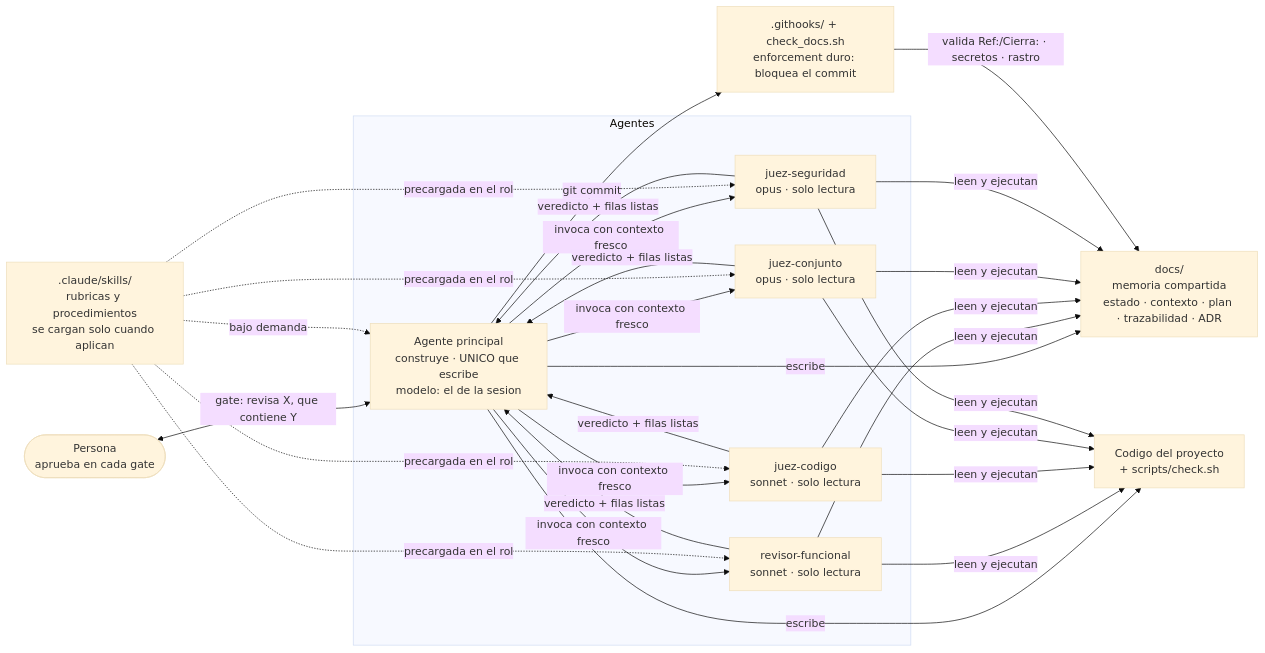
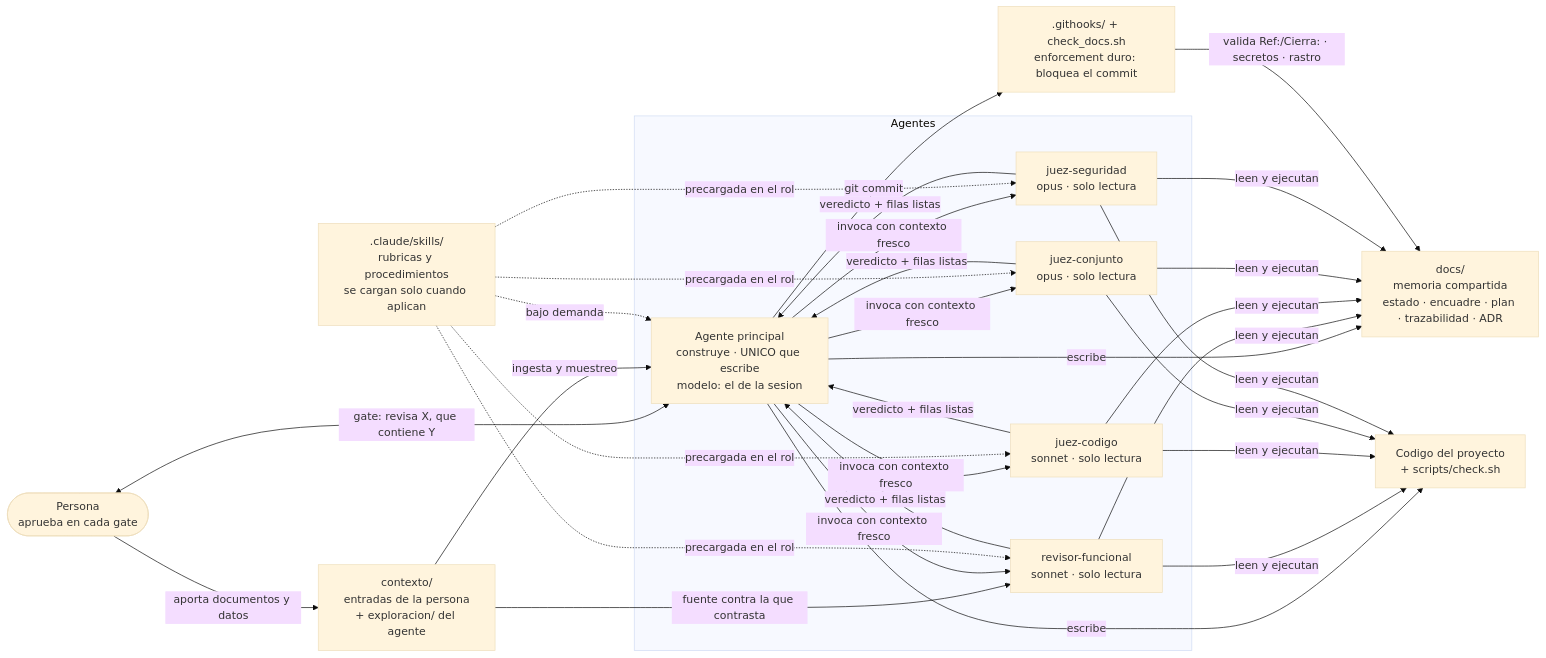
The first of 3 diagrams in README.md (jdavidortega/agentes-software), drawn with Mermaid (base theme) before and after one commit. The commit also changed other lines of this file and 18 other files, not shown here.

````diff
--- a/README.md
+++ b/README.md
@@ -74,27 +75,31 @@
 ```mermaid
 flowchart LR
     Persona(["Persona<br/>aprueba en cada gate"])
 
     subgraph Agentes
       Principal["Agente principal<br/>construye · UNICO que escribe<br/>modelo: el de la sesion"]
       RF["revisor-funcional<br/>sonnet · solo lectura"]
       JC["juez-codigo<br/>sonnet · solo lectura"]
       JJ["juez-conjunto<br/>opus · solo lectura"]
       JS["juez-seguridad<br/>opus · solo lectura"]
     end
 
     Skills[".claude/skills/<br/>rubricas y procedimientos<br/>se cargan solo cuando aplican"]
-    Docs["docs/<br/>memoria compartida<br/>estado · contexto · plan · trazabilidad · ADR"]
+    Ctx["contexto/<br/>entradas de la persona<br/>+ exploracion/ del agente"]
+    Docs["docs/<br/>memoria compartida<br/>estado · encuadre · plan · trazabilidad · ADR"]
     Codigo["Codigo del proyecto<br/>+ scripts/check.sh"]
     Hooks[".githooks/ + check_docs.sh<br/>enforcement duro: bloquea el commit"]
 
+    Persona -->|"aporta documentos y datos"| Ctx
     Persona <-->|"gate: revisa X, que contiene Y"| Principal
+    Ctx -->|"ingesta y muestreo"| Principal
+    Ctx -->|"fuente contra la que contrasta"| RF
     Principal -->|"invoca con contexto fresco"| RF & JC & JJ & JS
     RF & JC & JJ & JS -->|"veredicto + filas listas"| Principal
     Skills -.->|"precargada en el rol"| RF & JC & JJ & JS
     Skills -.->|"bajo demanda"| Principal
     Principal -->|"escribe"| Docs & Codigo
     RF & JC & JJ & JS -->|"leen y ejecutan"| Docs & Codigo
     Principal -->|"git commit"| Hooks
     Hooks -->|"valida Ref:/Cierra: · secretos · rastro"| Docs
 ```
````
